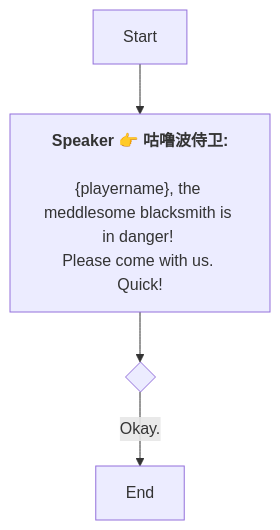
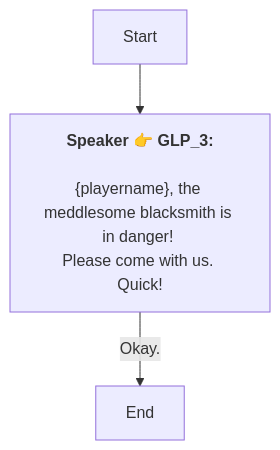
The diagram in Zh/QuestStartTalkENode_1772507995293104.md (SoftHu/tos_avg), drawn with Mermaid before and after one commit. The commit also changed 737 other files, not shown here.

````diff
--- a/Zh/QuestStartTalkENode_1772507995293104.md
+++ b/Zh/QuestStartTalkENode_1772507995293104.md
@@ -1,12 +1,10 @@
 ```mermaid
 graph
-Start -->1772508035257784[<b>Speaker 👉 咕噜波侍卫:</b>
-
-&lbrace;playername&rbrace;, the meddlesome blacksmith is in danger! 
+Start -->1772508035257784[<b>Speaker 👉 GLP_3:</b>
+\n&lbrace;playername&rbrace;, the meddlesome blacksmith is in danger! 
 Please come with us. 
 Quick!
 ]
-1772508035257784 -->1772508026892723{ }
-1772508026892723 -->|Okay. |1772508110983609[End]
+1772508035257784 -->|Okay. |1772508110983609[End]
 
- ```
+```
````
